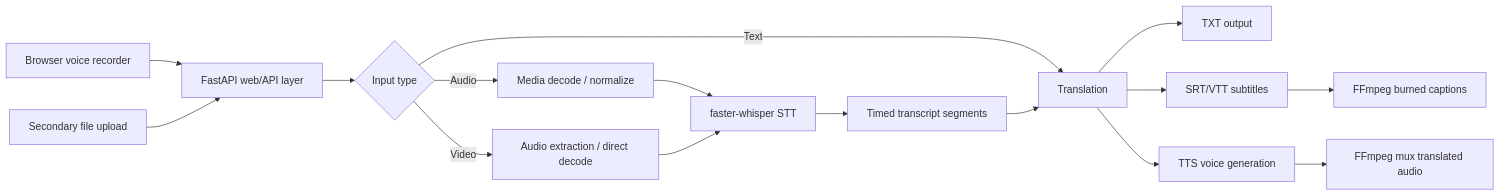
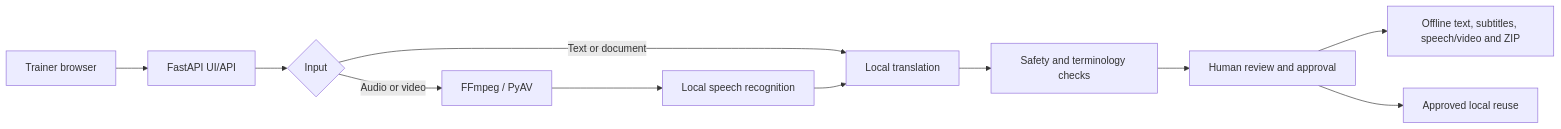
Before and after one commit to ChiragArora31/VaaniSetu: the diagram in README.md, drawn with Mermaid. The commit also changed other lines of this file and 8 other files, not shown here.

````diff
--- a/README.md
+++ b/README.md
@@ -61,18 +35,13 @@
 ```mermaid
 flowchart LR
-    A["Browser voice recorder"] --> B["FastAPI web/API layer"]
-    U["Secondary file upload"] --> B
-    B --> C{"Input type"}
-    C -->|Text| H["Translation"]
-    C -->|Audio| D["Media decode / normalize"]
-    C -->|Video| E["Audio extraction / direct decode"]
-    D --> F["faster-whisper STT"]
-    E --> F
-    F --> G["Timed transcript segments"]
-    G --> H
-    H --> I["TXT output"]
-    H --> J["SRT/VTT subtitles"]
-    H --> K["TTS voice generation"]
-    J --> L["FFmpeg burned captions"]
-    K --> M["FFmpeg mux translated audio"]
+    A["Trainer browser"] --> B["FastAPI UI/API"]
+    B --> C{"Input"}
+    C -->|"Text or document"| T["Local translation"]
+    C -->|"Audio or video"| M["FFmpeg / PyAV"]
+    M --> S["Local speech recognition"]
+    S --> T
+    T --> Q["Safety and terminology checks"]
+    Q --> R["Human review and approval"]
+    R --> O["Offline text, subtitles, speech/video and ZIP"]
+    R --> L["Approved local reuse"]
 ```
````
